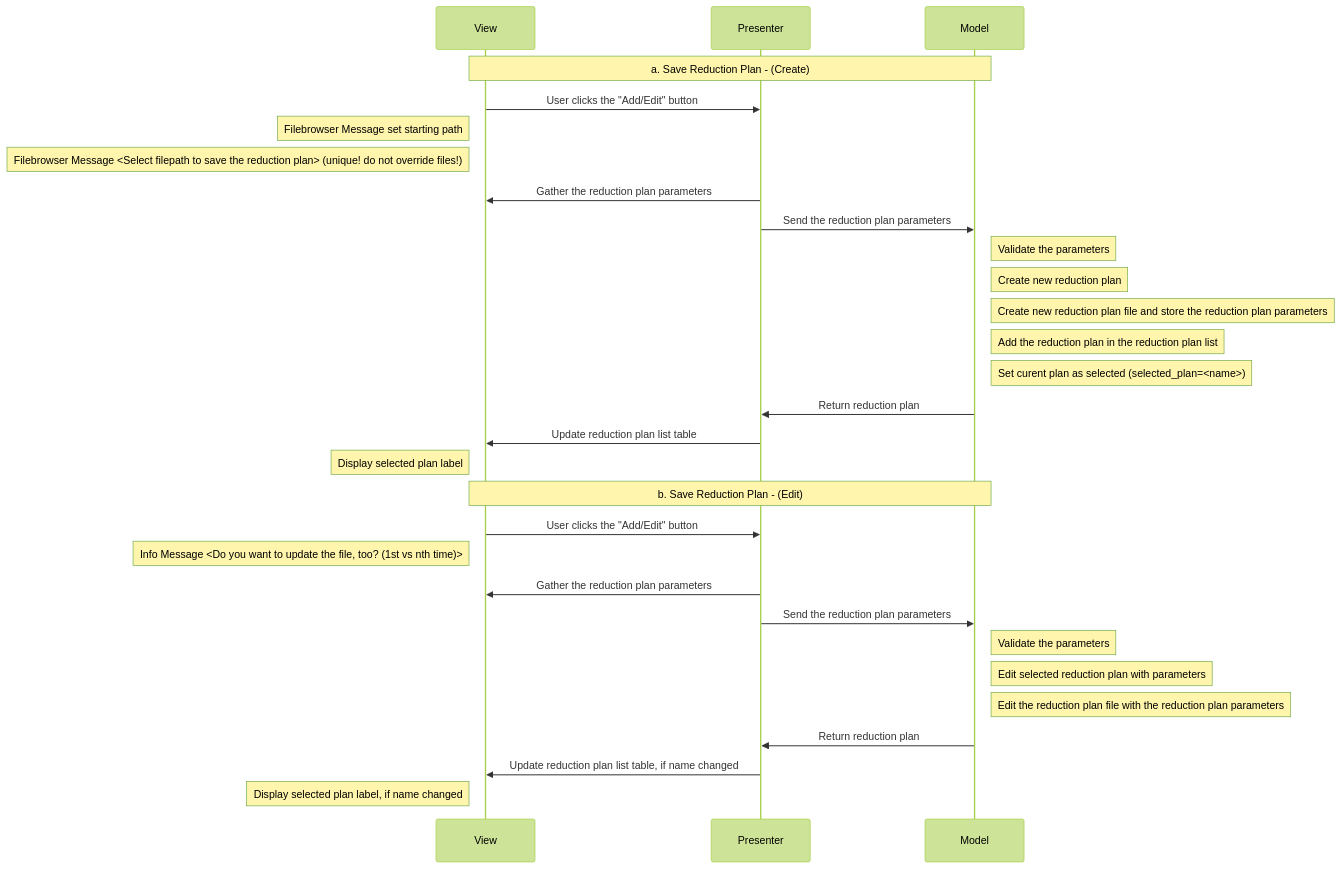
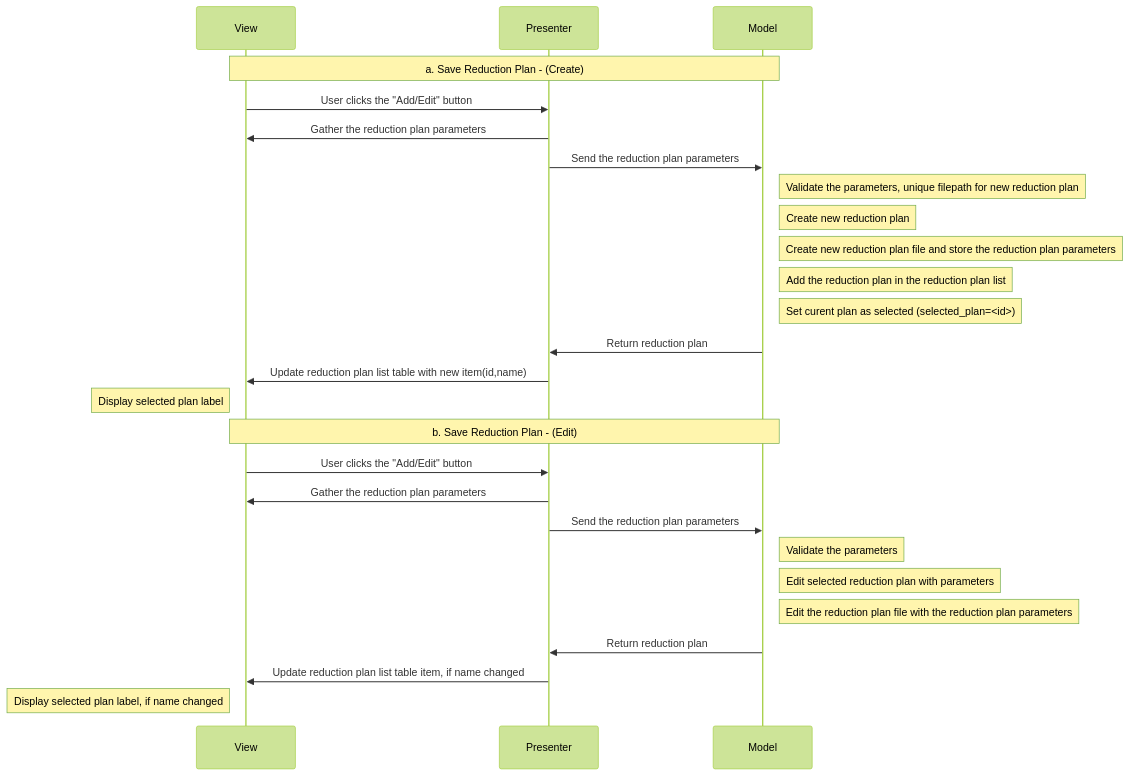
The fifth of 14 diagrams in docs/source/design/reduction_plan_mvp.rst (neutrons/garnet), drawn with Mermaid (forest theme) before and after one commit. The commit also changed other lines of this file and 1 other file, not shown here.

Commit message:
unique identifier for reduction plan model, functionality updated, filepath exposed

```diff
--- a/docs/source/design/reduction_plan_mvp.rst
+++ b/docs/source/design/reduction_plan_mvp.rst
@@ -307,33 +329,30 @@
     .. mermaid::
 
         sequenceDiagram
             participant View
             participant Presenter
             participant Model
 
             Note over View,Model: a. Save Reduction Plan - (Create)
             View->>Presenter: User clicks the "Add/Edit" button
-            Note left of View: Filebrowser Message set starting path
-            Note left of View: Filebrowser Message <Select filepath to save the reduction plan> (unique! do not override files!)
             Presenter->>View: Gather the reduction plan parameters
             Presenter->>Model: Send the reduction plan parameters
-            Note right of Model: Validate the parameters
+            Note right of Model: Validate the parameters, unique filepath for new reduction plan
             Note right of Model: Create new reduction plan
             Note right of Model: Create new reduction plan file and store the reduction plan parameters
             Note right of Model: Add the reduction plan in the reduction plan list
-            Note right of Model: Set curent plan as selected (selected_plan=<name>)
+            Note right of Model: Set curent plan as selected (selected_plan=<id>)
             Model->>Presenter: Return reduction plan
-            Presenter->>View: Update reduction plan list table
+            Presenter->>View: Update reduction plan list table with new item(id,name)
             Note left of View: Display selected plan label
 
             Note over View,Model: b. Save Reduction Plan - (Edit)
             View->>Presenter: User clicks the "Add/Edit" button
-            Note left of View: Info Message <Do you want to update the file, too? (1st vs nth time)>
             Presenter->>View: Gather the reduction plan parameters
             Presenter->>Model: Send the reduction plan parameters
             Note right of Model: Validate the parameters
             Note right of Model: Edit selected reduction plan with parameters
             Note right of Model: Edit the reduction plan file with the reduction plan parameters
             Model->>Presenter: Return reduction plan
-            Presenter->>View: Update reduction plan list table, if name changed
+            Presenter->>View: Update reduction plan list table item, if name changed
             Note left of View: Display selected plan label, if name changed
```
